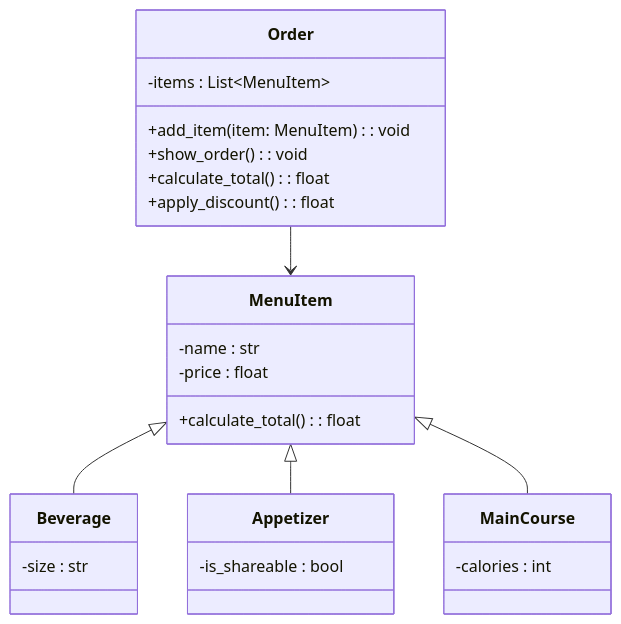
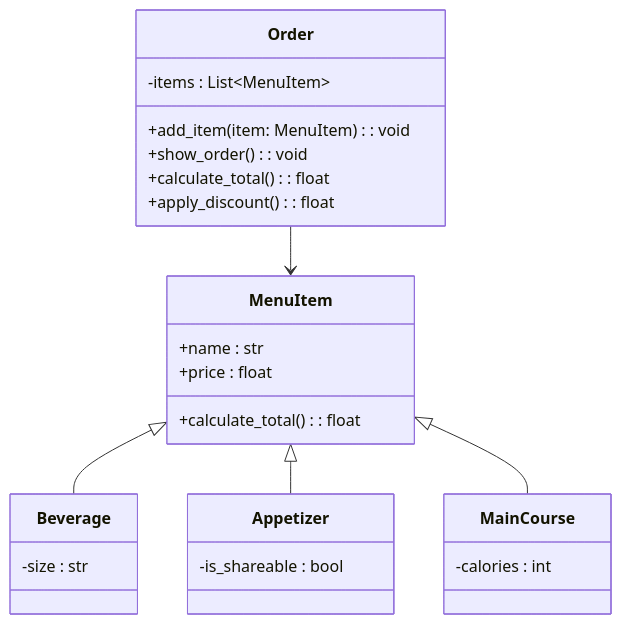
Before and after one commit to SamuelRojas09/RETO-3: the diagram in README.md, drawn with Mermaid.

````diff
--- a/README.md
+++ b/README.md
@@ -68,35 +68,35 @@
 ```mermaid
 classDiagram
     direction TB
 
     class MenuItem {
-        -name : str
-        -price : float
+        +name : str
+        +price : float
         +calculate_total() : float
     }
 
     class Beverage {
         -size : str
     }
 
     class Appetizer {
         -is_shareable : bool
     }
 
     class MainCourse {
         -calories : int
     }
 
     class Order {
         -items : List~MenuItem~
         +add_item(item: MenuItem) : void
         +show_order() : void
         +calculate_total() : float
         +apply_discount() : float
     }
 
     MenuItem <|-- Beverage
     MenuItem <|-- Appetizer
     MenuItem <|-- MainCourse
     Order --> MenuItem
 ```
````
